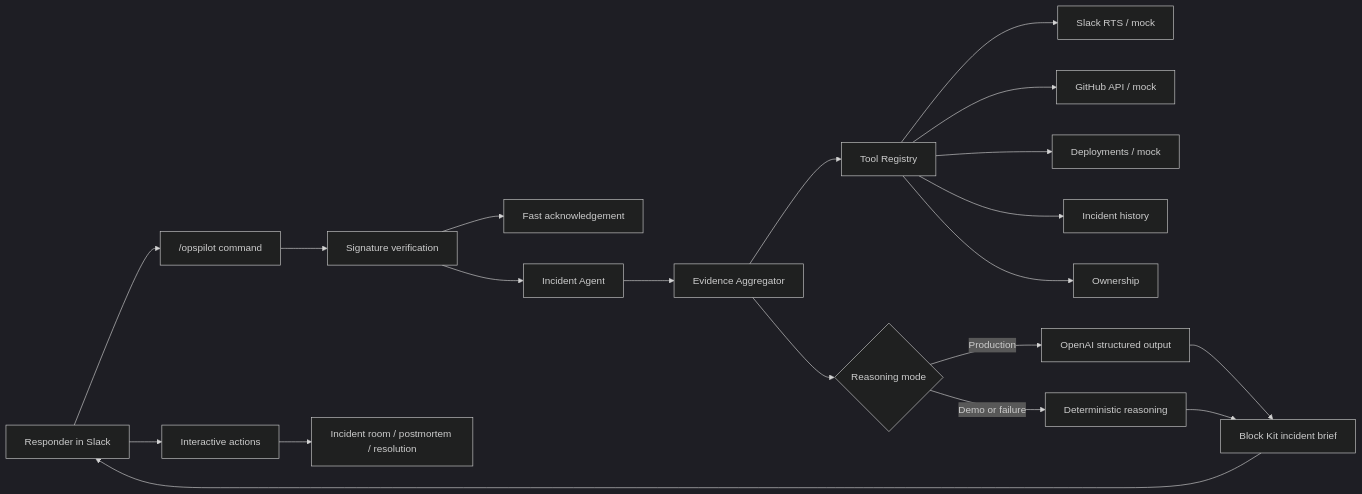
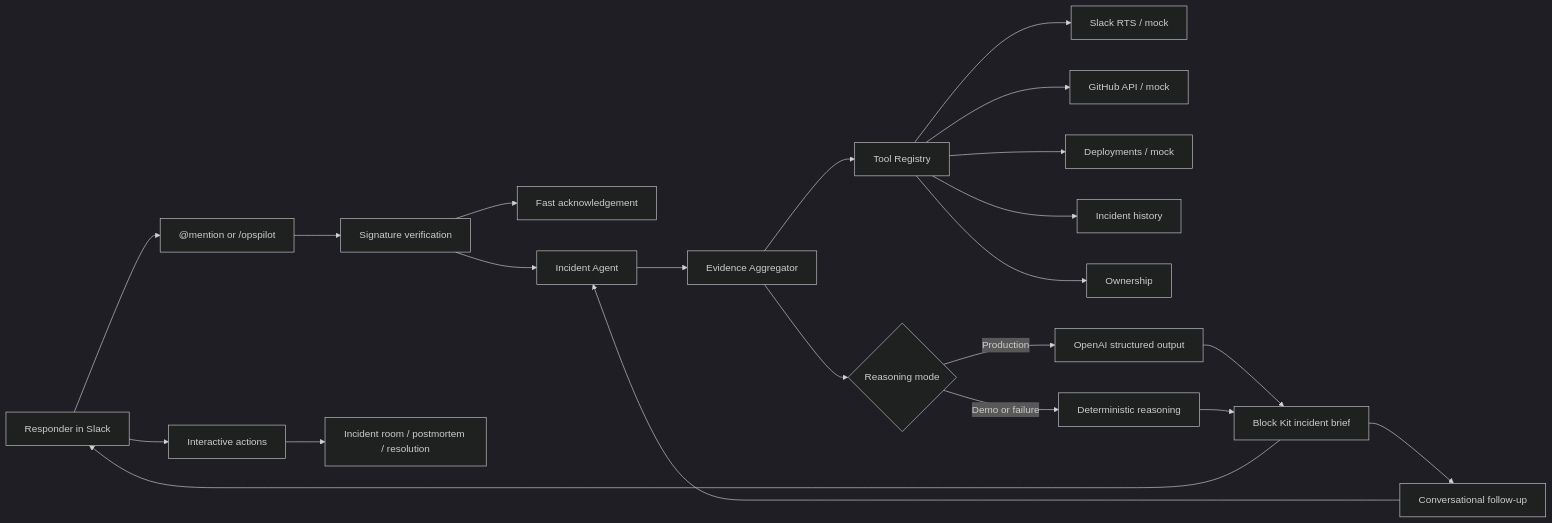
Before and after one commit to jumbomuffin101/opspilot: the diagram in README.md, drawn with Mermaid (dark theme). The commit also changed other lines of this file and 15 other files, not shown here.

Commit message:
Add conversational Slack incident handling

````diff
--- a/README.md
+++ b/README.md
@@ -42,22 +64,24 @@
 ```mermaid
 flowchart LR
-    U["Responder in Slack"] --> C["/opspilot command"]
+    U["Responder in Slack"] --> C["@mention or /opspilot"]
     C --> V["Signature verification"]
     V --> A["Fast acknowledgement"]
     V --> I["Incident Agent"]
     I --> E["Evidence Aggregator"]
     E --> T["Tool Registry"]
     T --> S["Slack RTS / mock"]
     T --> G["GitHub API / mock"]
     T --> D["Deployments / mock"]
     T --> H["Incident history"]
     T --> O["Ownership"]
     E --> R{"Reasoning mode"}
     R -->|"Production"| AI["OpenAI structured output"]
     R -->|"Demo or failure"| F["Deterministic reasoning"]
     AI --> B["Block Kit incident brief"]
     F --> B
     B --> U
     U --> X["Interactive actions"]
     X --> W["Incident room / postmortem / resolution"]
+    B --> Q["Conversational follow-up"]
+    Q --> I
 ```
````
